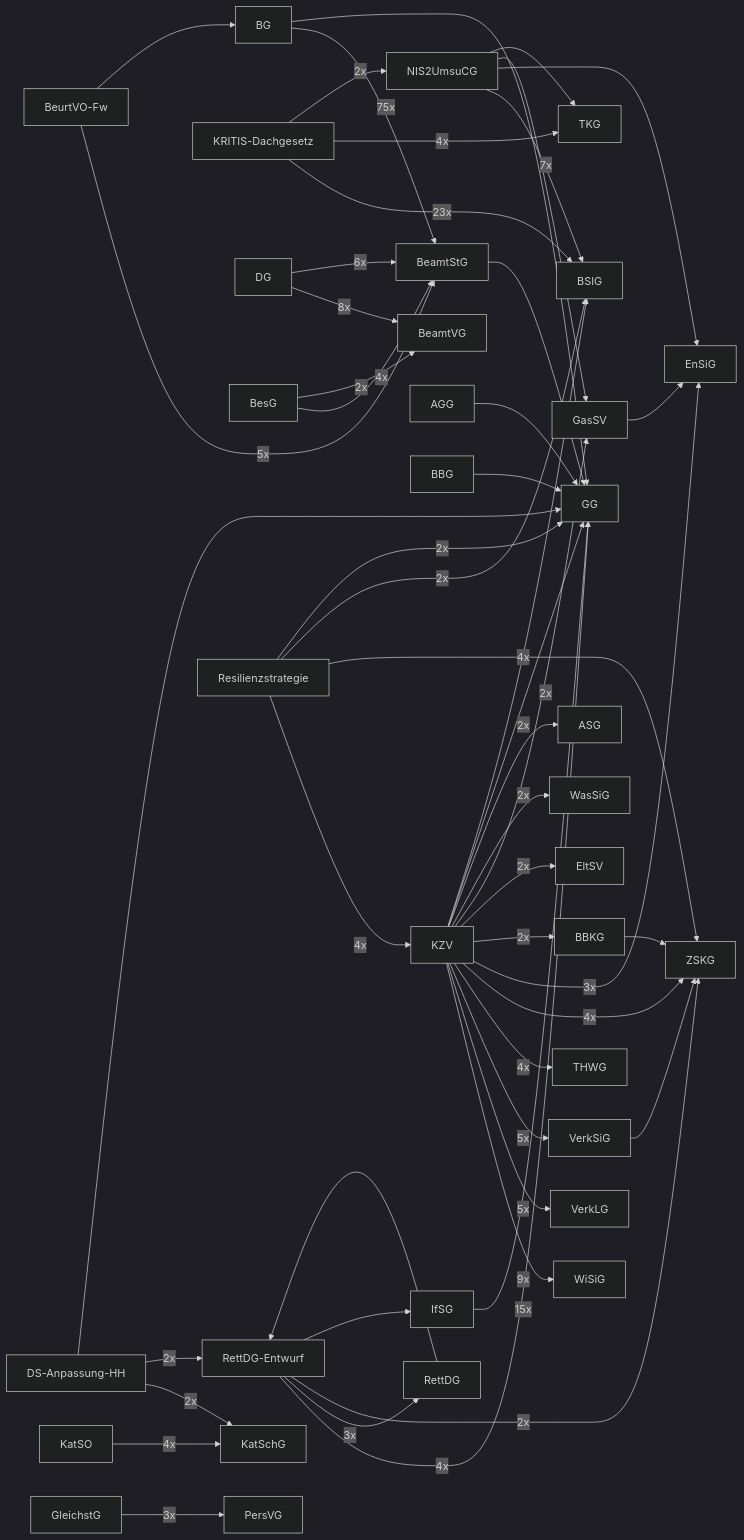
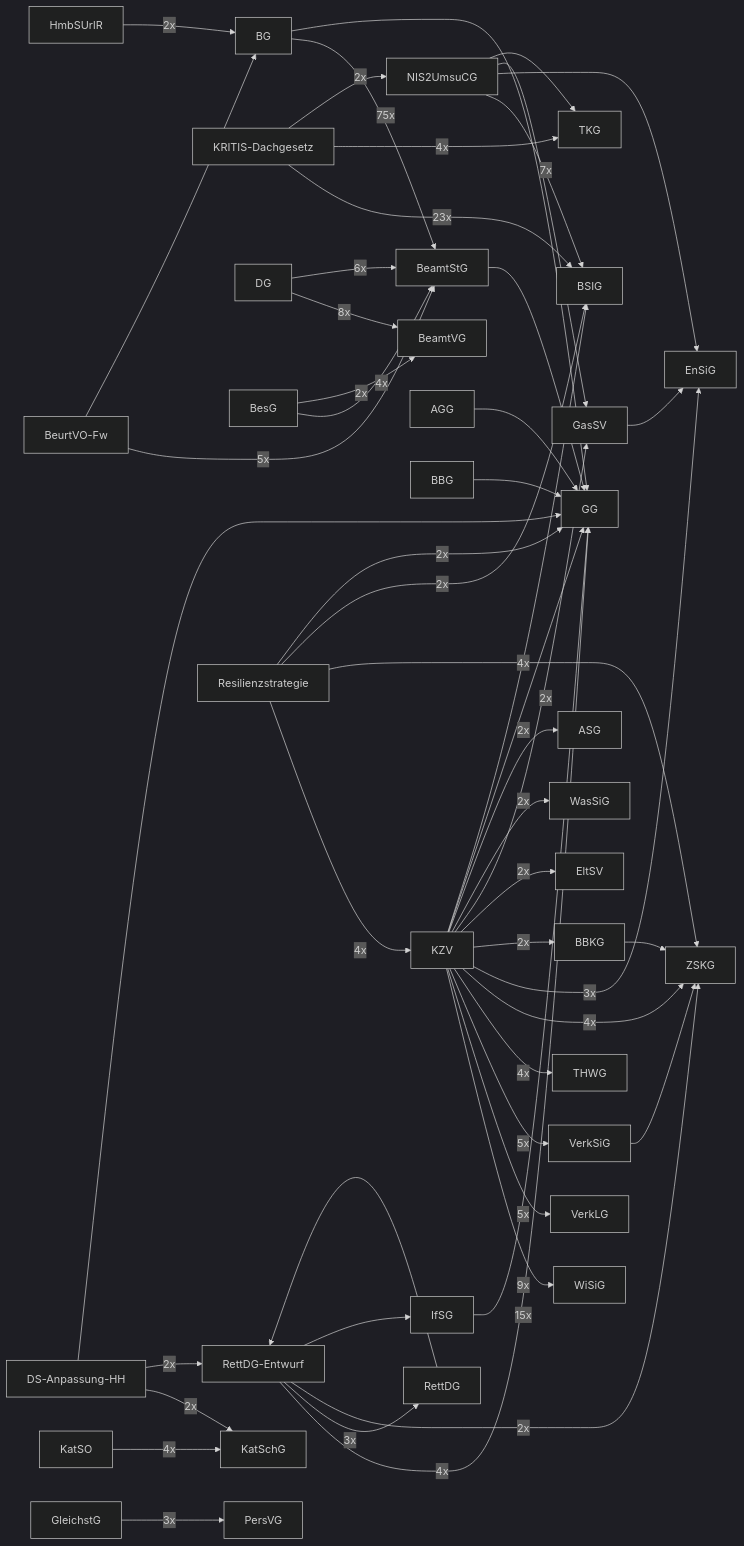
The diagram in README.md (tobiaswildezahn/rechtssammlung), drawn with Mermaid (dark theme) before and after one commit. The commit also changed 2 other files, not shown here.

Commit message:
Fix HmbSUrlR cross-reference: manual Markdown link to § 68 HmbBG
The automated crossref hook cannot match German case declensions
(Genitiv "Hamburgischen Beamtengesetzes" vs. Nominativ alias
"Hamburgisches Beamtengesetz"). Added manual link so scan_existing_refs()
detects the reference.

```diff
--- a/README.md
+++ b/README.md
@@ -153,6 +153,8 @@
     EnSiG["EnSiG"]
     KZV -->|3x| EnSiG
     BesG -->|2x| BeamtVG
+    HmbSUrlR["HmbSUrlR"]
+    HmbSUrlR -->|2x| BG
     DS_Anpassung_HH["DS-Anpassung-HH"]
     DS_Anpassung_HH -->|2x| KatSchG
     DS_Anpassung_HH -->|2x| RettDG_Entwurf
```
